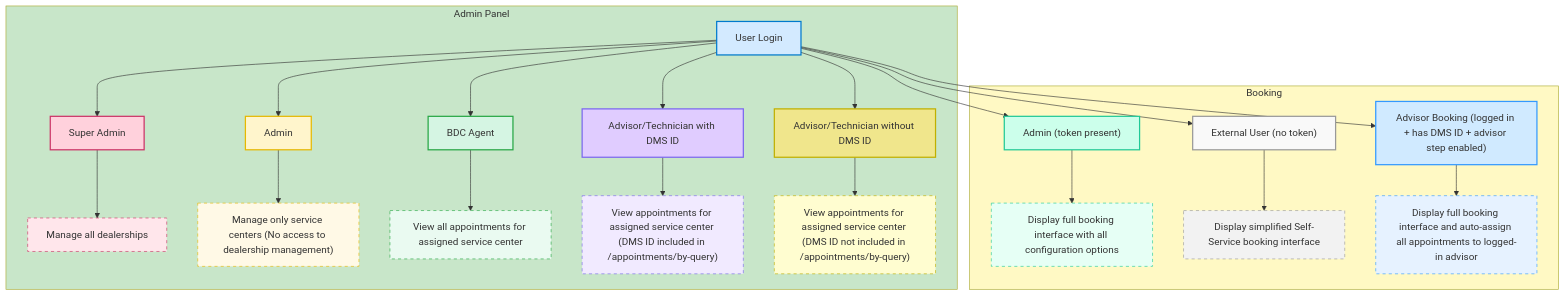
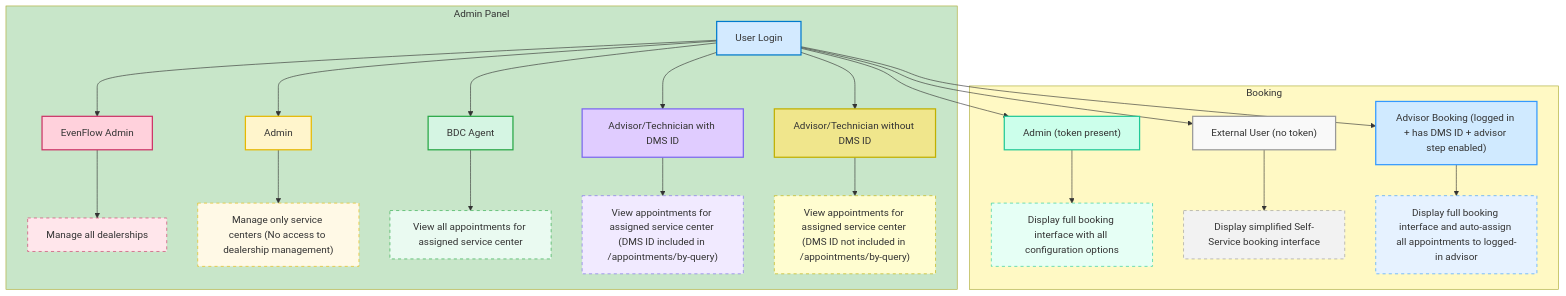
Before and after one commit to EvenFlowAI/EvenFlow-FE: the diagram in docs/user-access-flow.md, drawn with Mermaid. The commit also changed 24 other files, not shown here.

````diff
--- a/docs/user-access-flow.md
+++ b/docs/user-access-flow.md
@@ -1,57 +1,57 @@
 ```mermaid
 ---
 config:
   layout: dagre
 ---
 flowchart TD
     subgraph subGraph0["Admin Panel"]
-        SuperAdmin["Super Admin"]
+        SuperAdmin["EvenFlow Admin"]
         Entry["User Login"]
         Admin["Admin"]
         BDC["BDC Agent"]
         Advisor_TechnicianWithDMS["Advisor/Technician with DMS ID"]
         Advisor_TechnicianWithoutDMS["Advisor/Technician without DMS ID"]
         SuperAdminRights["Manage all dealerships"]
         AdminRights["Manage only service centers (No access to dealership management)"]
         BDCRights["View all appointments for assigned service center"]
         WithDMSRights["View appointments for assigned service center (DMS ID included in /appointments/by-query)"]
         WithoutDMSRights["View appointments for assigned service center (DMS ID not included in /appointments/by-query)"]
     end
     subgraph Booking["Booking"]
         AdminBooking["Admin (token present)"]
         ExternalUser["External User (no token)"]
         AdvisorBooking["Advisor Booking (logged in + has DMS ID + advisor step enabled)"]
         AdminBookingRights["Display full booking interface with all configuration options"]
         ExternalUserRights["Display simplified Self-Service booking interface"]
         AdvisorBookingRights["Display full booking interface and auto-assign all appointments to logged-in advisor"]
     end
     Entry --> SuperAdmin & Admin & BDC & Advisor_TechnicianWithDMS & Advisor_TechnicianWithoutDMS & AdminBooking & ExternalUser & AdvisorBooking
     SuperAdmin --> SuperAdminRights
     Admin --> AdminRights
     BDC --> BDCRights
     Advisor_TechnicianWithDMS --> WithDMSRights
     Advisor_TechnicianWithoutDMS --> WithoutDMSRights
     AdminBooking --> AdminBookingRights
     ExternalUser --> ExternalUserRights
     AdvisorBooking --> AdvisorBookingRights
     style SuperAdmin fill:#ffd1dc,stroke:#cc3366,stroke-width:2px
     style Entry fill:#d3eaff,stroke:#007acc,stroke-width:2px
     style Admin fill:#fff5cc,stroke:#e6b800,stroke-width:2px
     style BDC fill:#d5f5e3,stroke:#28a745,stroke-width:2px
     style Advisor_TechnicianWithDMS fill:#e0ccff,stroke:#7b68ee,stroke-width:2px
     style Advisor_TechnicianWithoutDMS fill:#f0e68c,stroke:#c0b000,stroke-width:2px
     style SuperAdminRights fill:#ffe6eb,stroke:#cc3366,stroke-dasharray: 5 5
     style AdminRights fill:#fff9e6,stroke:#e6b800,stroke-dasharray: 5 5
     style BDCRights fill:#eafaf1,stroke:#28a745,stroke-dasharray: 5 5
     style WithDMSRights fill:#f1eaff,stroke:#7b68ee,stroke-dasharray: 5 5
     style WithoutDMSRights fill:#fffdd0,stroke:#c0b000,stroke-dasharray: 5 5
     style AdminBooking fill:#ccffeb,stroke:#20c997,stroke-width:2px
     style ExternalUser fill:#f9f9f9,stroke:#999,stroke-width:2px
     style AdvisorBooking fill:#d0eaff,stroke:#3399ff,stroke-width:2px
     style AdminBookingRights fill:#e6fff5,stroke:#20c997,stroke-dasharray: 5 5
     style ExternalUserRights fill:#f2f2f2,stroke:#999,stroke-dasharray: 5 5
     style AdvisorBookingRights fill:#e6f2ff,stroke:#3399ff,stroke-dasharray: 5 5
     style Booking fill:#FFF9C4
     style subGraph0 fill:#C8E6C9
 
 ```
````
